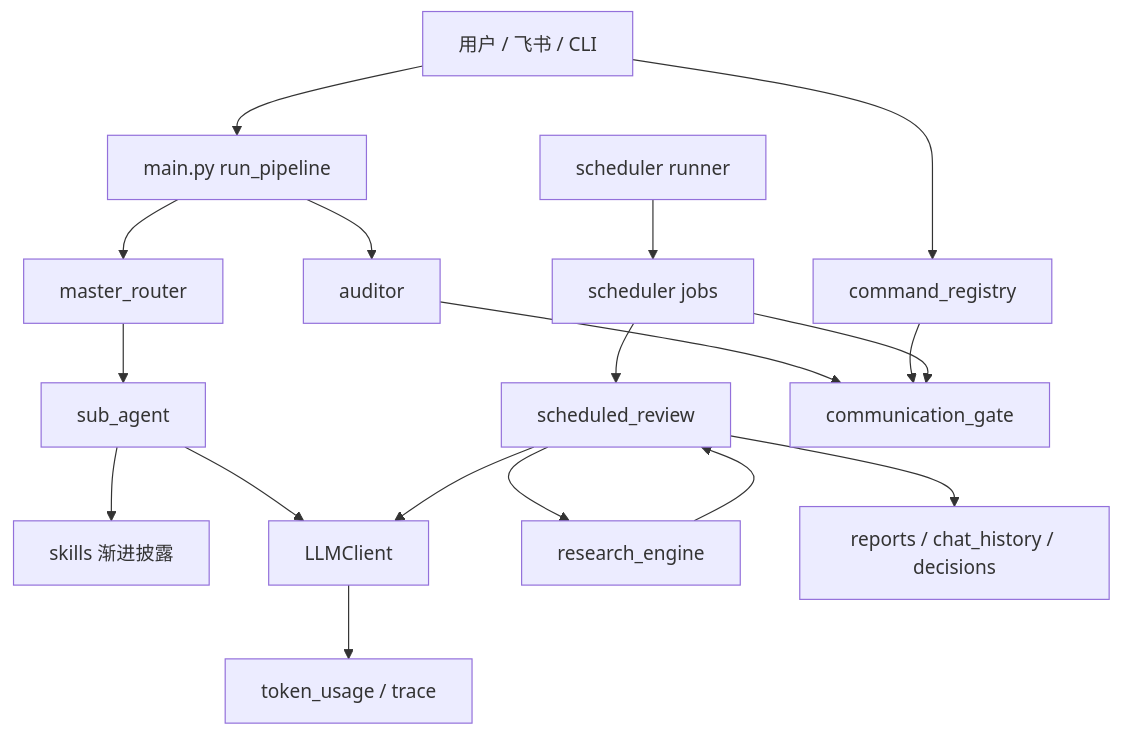
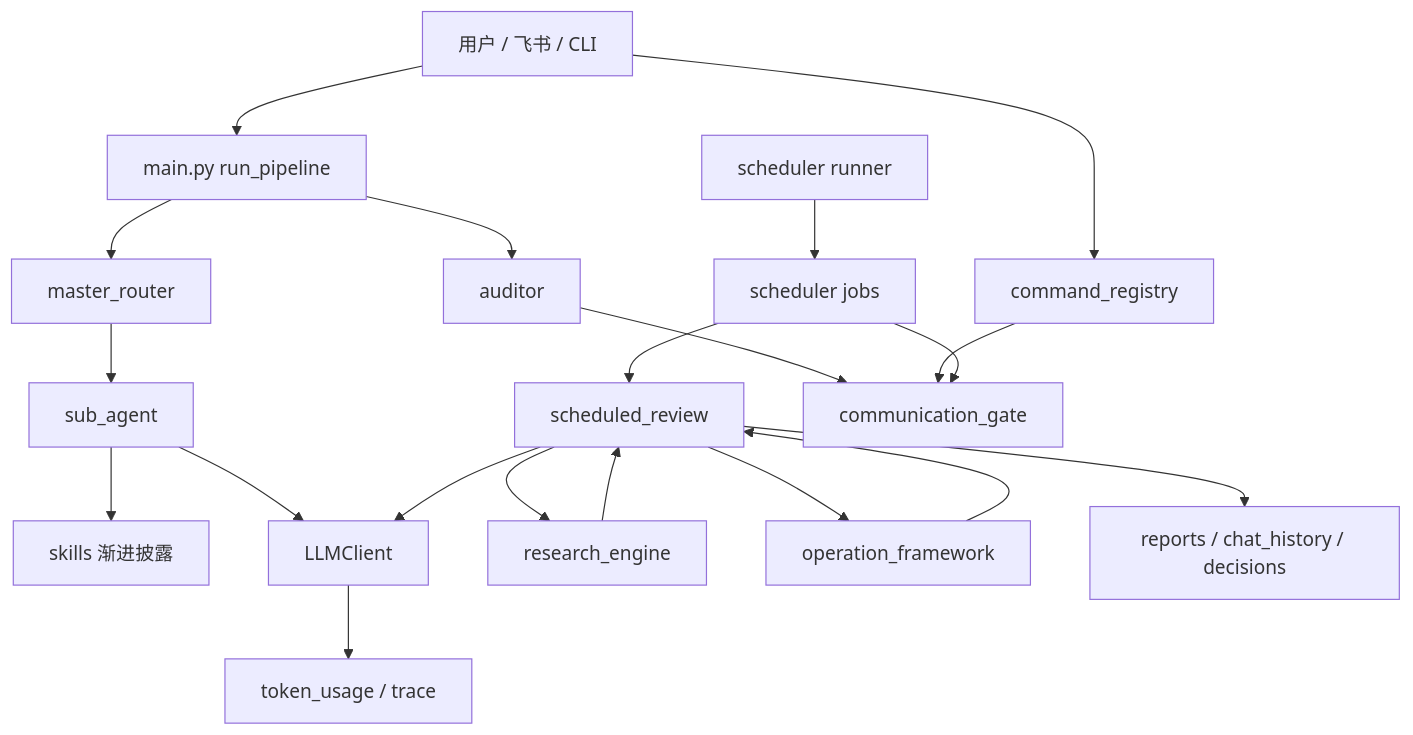
One commit to dyccodehome/private-investment-butler changed the first of 11 diagrams in docs/技术架构文档.md. Above: the diagram before and after it, drawn with Mermaid. The commit also changed other lines of this file and 11 other files, not shown here.

Commit message:
Add operation framework MVP

````diff
--- a/docs/技术架构文档.md
+++ b/docs/技术架构文档.md
@@ -9,20 +9,22 @@
 ```mermaid
 flowchart TD
   U["用户 / 飞书 / CLI"] --> M["main.py run_pipeline"]
   U --> C["command_registry"]
   S["scheduler runner"] --> J["scheduler jobs"]
   M --> R["master_router"]
   R --> W["sub_agent"]
   W --> SK["skills 渐进披露"]
   W --> L["LLMClient"]
   J --> SR["scheduled_review"]
   SR --> RE["research_engine"]
   RE --> SR
+  SR --> OP["operation_framework"]
+  OP --> SR
   SR --> L
   L --> T["token_usage / trace"]
   M --> A["auditor"]
   A --> G["communication_gate"]
   C --> G
   J --> G
   SR --> P["reports / chat_history / decisions"]
 ```
````
